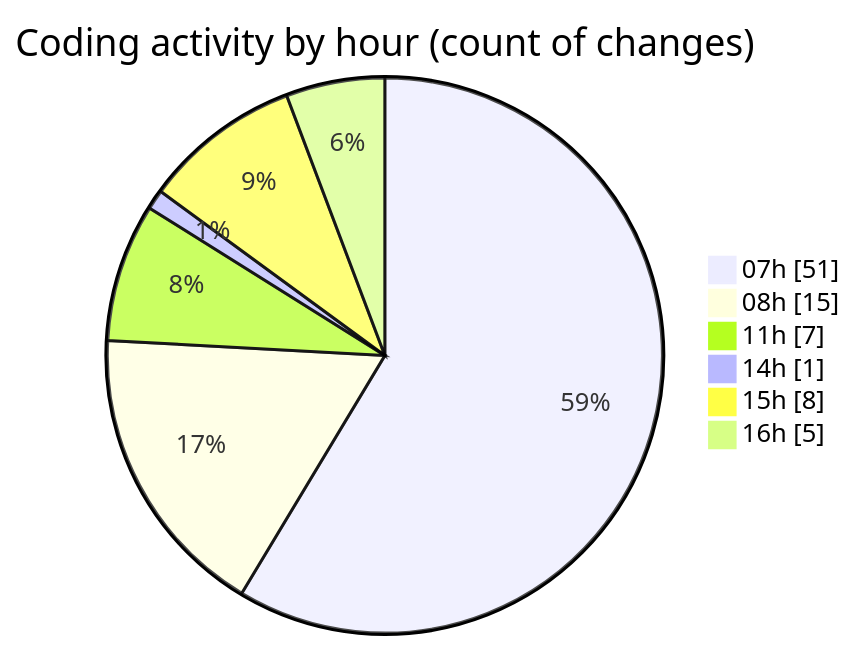
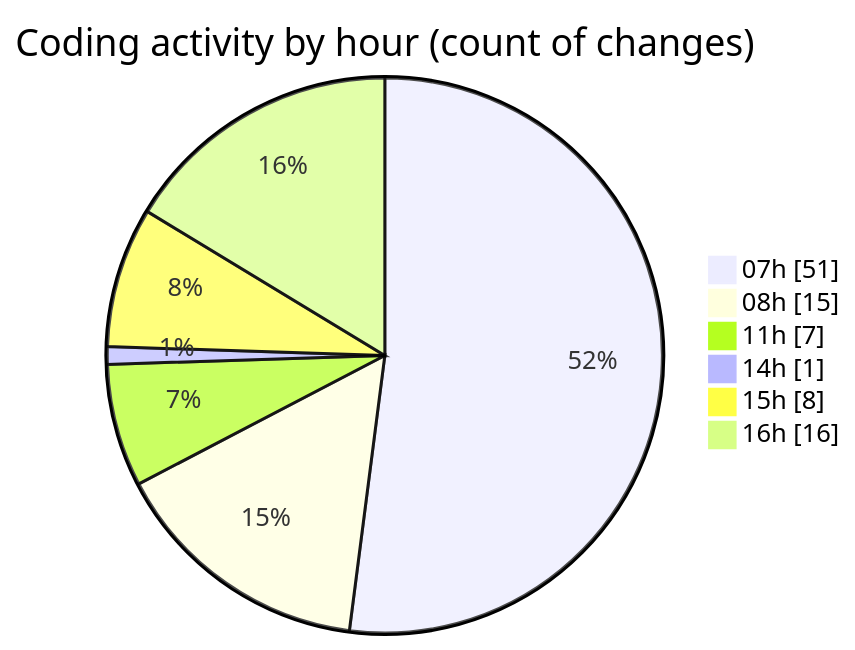
The second of 2 diagrams in 2025-01-17/mbc-web/README.md (robertbonfada/code-tracking), drawn with Mermaid before and after one commit. The commit also changed other lines of this file and 1 other file, not shown here.

````diff
--- a/2025-01-17/mbc-web/README.md
+++ b/2025-01-17/mbc-web/README.md
@@ -46,10 +47,10 @@
 ```mermaid
 pie showData
 title Coding activity by hour (count of changes)
 "07h" : 51
 "08h" : 15
 "11h" : 7
 "14h" : 1
 "15h" : 8
-"16h" : 5
+"16h" : 16
 ```
````
